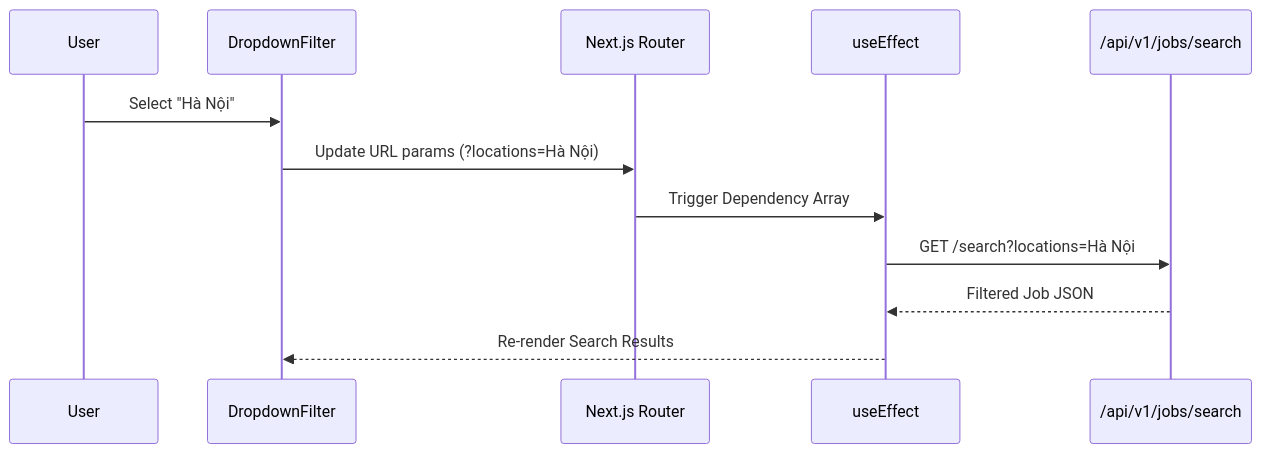
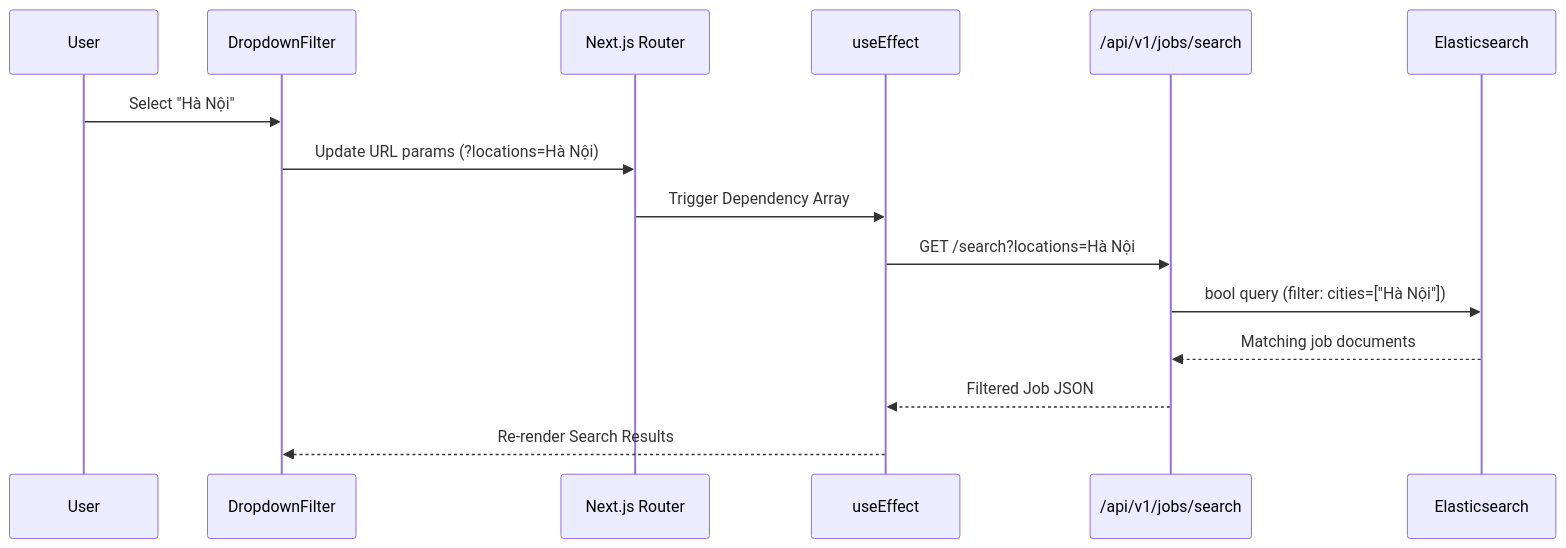
Before and after one commit to Vinhnguyen1227/Job-Market-Analytics-Platform: the diagram in chapter_6_thesis_2.md, drawn with Mermaid. The commit also changed other lines of this file and 36 other files, not shown here.

````diff
--- a/chapter_6_thesis_2.md
+++ b/chapter_6_thesis_2.md
@@ -19,15 +34,18 @@
 ```mermaid
 sequenceDiagram
     participant User
     participant FilterUI as DropdownFilter
     participant NextRouter as Next.js Router
     participant ClientHook as useEffect
     participant ES_API as /api/v1/jobs/search
+    participant ES as Elasticsearch
     
     User->>FilterUI: Select "Hà Nội"
     FilterUI->>NextRouter: Update URL params (?locations=Hà Nội)
     NextRouter->>ClientHook: Trigger Dependency Array
     ClientHook->>ES_API: GET /search?locations=Hà Nội
+    ES_API->>ES: bool query (filter: cities=["Hà Nội"])
+    ES-->>ES_API: Matching job documents
     ES_API-->>ClientHook: Filtered Job JSON
     ClientHook-->>FilterUI: Re-render Search Results
 ```
````
